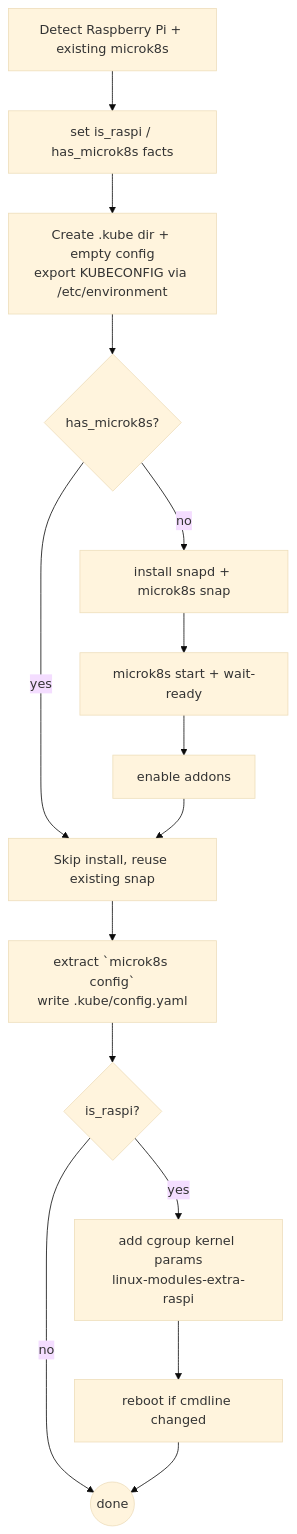
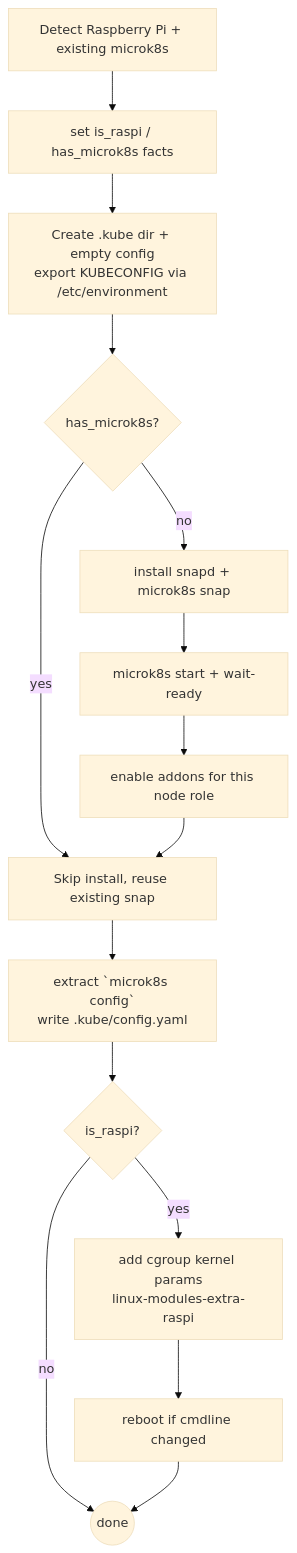
Before and after one commit to this-oliver/homelab: the diagram in ansible/roles/k8s_core/README.md, drawn with Mermaid (base theme). The commit also changed other lines of this file and 8 other files, not shown here.

````diff
--- a/ansible/roles/k8s_core/README.md
+++ b/ansible/roles/k8s_core/README.md
@@ -13,17 +15,17 @@
 ```mermaid
 flowchart TD
     probe[Detect Raspberry Pi + existing microk8s] --> facts[set is_raspi / has_microk8s facts]
     facts --> kubeconfig[Create .kube dir + empty config<br/>export KUBECONFIG via /etc/environment]
     kubeconfig --> exists{has_microk8s?}
     exists -- yes --> extract[Skip install, reuse existing snap]
     exists -- no --> install[install snapd + microk8s snap]
     install --> start[microk8s start + wait-ready]
-    start --> addons[enable addons]
+    start --> addons[enable addons for this node role]
     addons --> extract
     extract --> config[extract `microk8s config`<br/>write .kube/config.yaml]
     config --> raspi{is_raspi?}
     raspi -- yes --> cgroup[add cgroup kernel params<br/>linux-modules-extra-raspi]
     cgroup --> reboot[reboot if cmdline changed]
     raspi -- no --> done((done))
     reboot --> done
 ```
````
